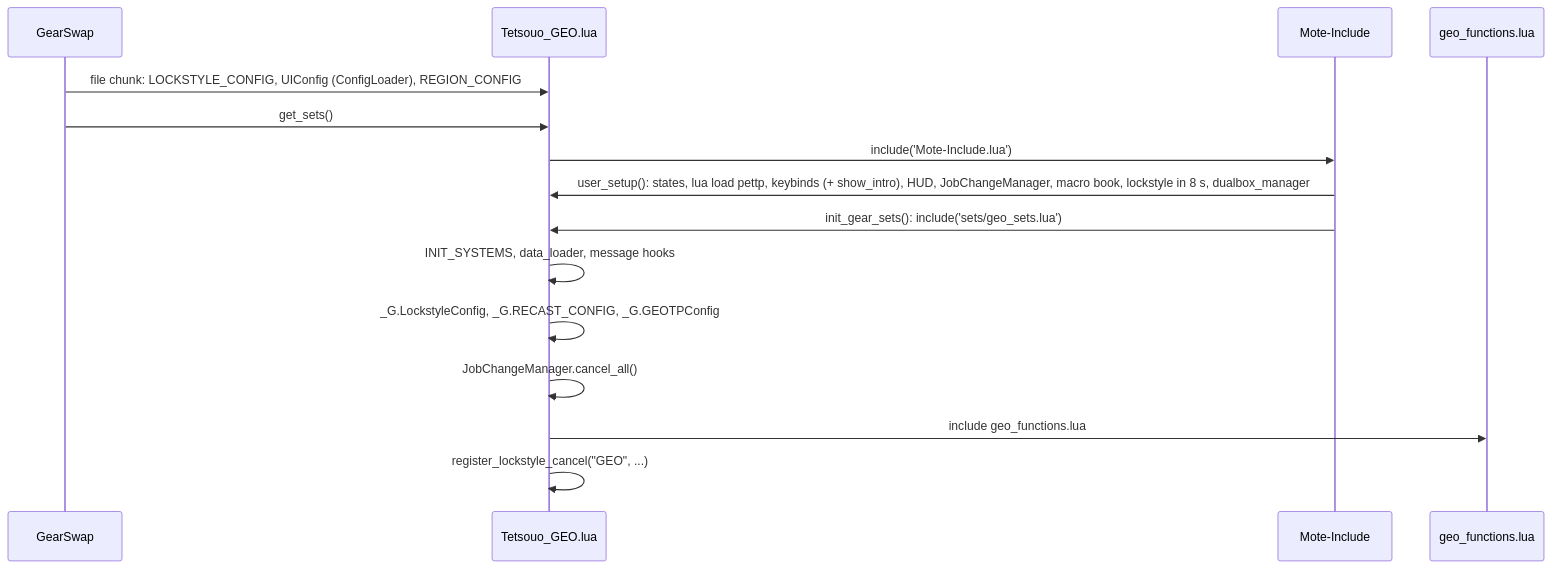
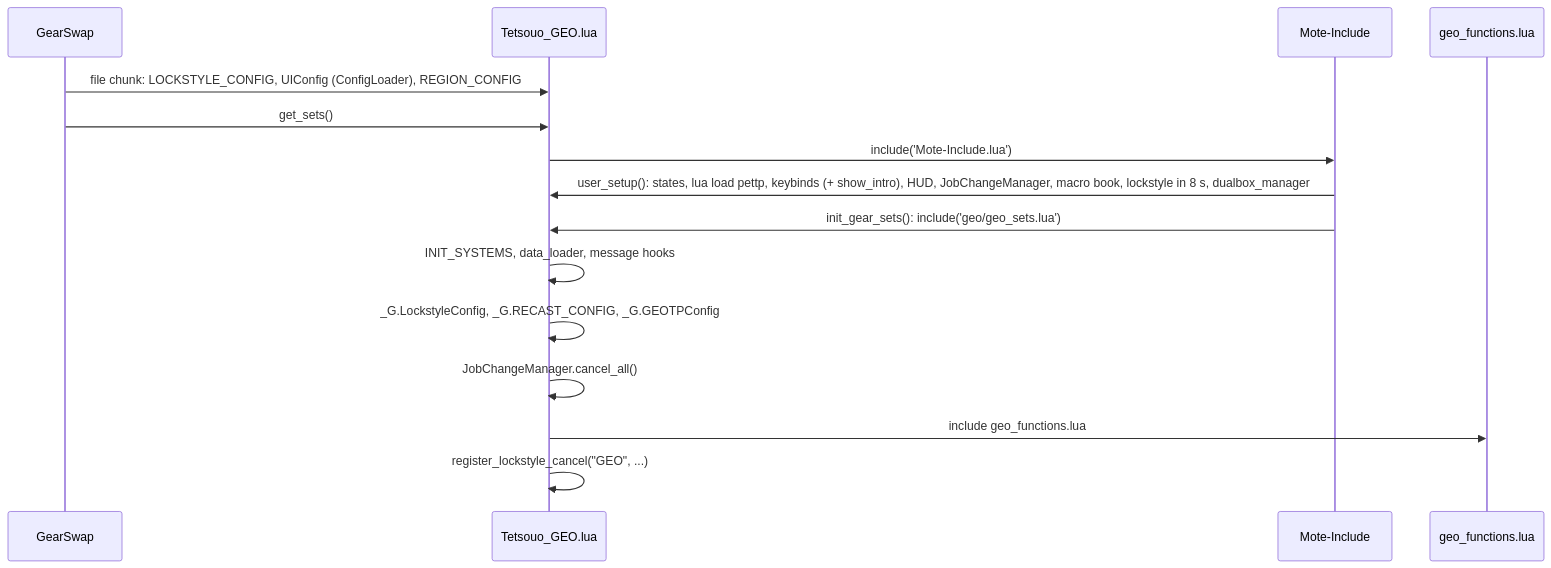
The first of 3 diagrams in docs/dev/jobs/geo.md (ejouanchicot/Gearswap), drawn with Mermaid before and after one commit. The commit also changed other lines of this file and 248 other files, not shown here.

````diff
--- a/docs/dev/jobs/geo.md
+++ b/docs/dev/jobs/geo.md
@@ -88,17 +88,17 @@
 ```mermaid
 sequenceDiagram
     participant GS as GearSwap
     participant E as Tetsouo_GEO.lua
     participant M as Mote-Include
     participant F as geo_functions.lua
     GS->>E: file chunk: LOCKSTYLE_CONFIG, UIConfig (ConfigLoader), REGION_CONFIG
     GS->>E: get_sets()
     E->>M: include('Mote-Include.lua')
     M->>E: user_setup(): states, lua load pettp, keybinds (+ show_intro), HUD, JobChangeManager, macro book, lockstyle in 8 s, dualbox_manager
-    M->>E: init_gear_sets(): include('sets/geo_sets.lua')
+    M->>E: init_gear_sets(): include('geo/geo_sets.lua')
     E->>E: INIT_SYSTEMS, data_loader, message hooks
     E->>E: _G.LockstyleConfig, _G.RECAST_CONFIG, _G.GEOTPConfig
     E->>E: JobChangeManager.cancel_all()
     E->>F: include geo_functions.lua
     E->>E: register_lockstyle_cancel("GEO", ...)
 ```
````
